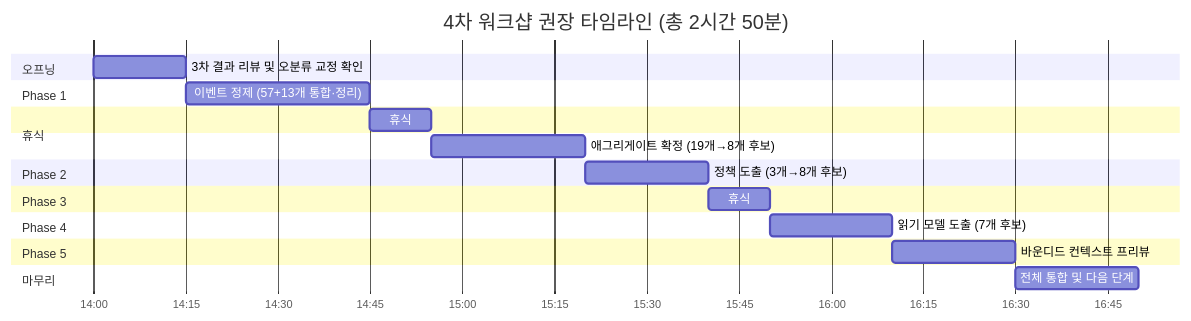
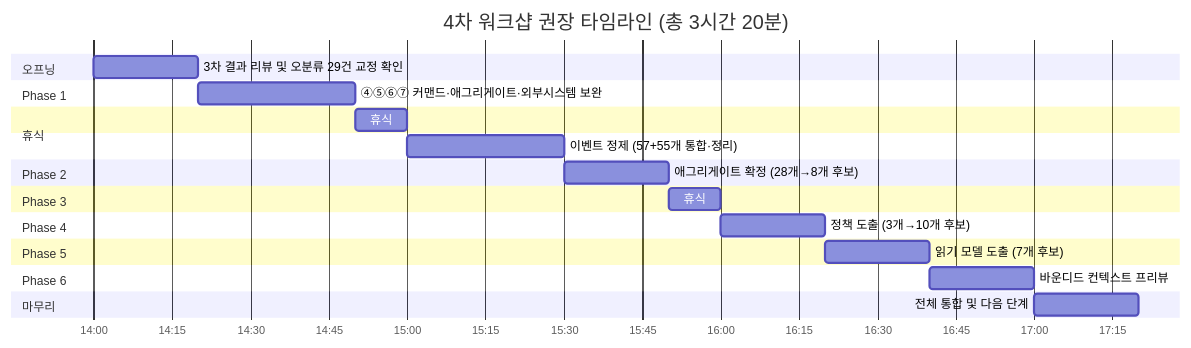
One commit to yeochul-jeon/msa_prj changed the tenth of 10 diagrams in 이벤트스토밍_주문서비스팀_3차워크샵검토.md. Above: the diagram before and after it, drawn with Mermaid. The commit also changed other lines of this file and 91 other files, not shown here.

````diff
--- a/이벤트스토밍_주문서비스팀_3차워크샵검토.md
+++ b/이벤트스토밍_주문서비스팀_3차워크샵검토.md
@@ -518,33 +877,36 @@
 ```mermaid
 gantt
-    title 4차 워크샵 권장 타임라인 (총 2시간 50분)
+    title 4차 워크샵 권장 타임라인 (총 3시간 20분)
     dateFormat HH:mm
     axisFormat %H:%M
 
     section 오프닝
-    3차 결과 리뷰 및 오분류 교정 확인    :a1, 14:00, 15m
+    3차 결과 리뷰 및 오분류 29건 교정 확인    :a1, 14:00, 20m
 
     section Phase 1
-    이벤트 정제 (57+13개 통합·정리)       :a2, after a1, 30m
+    ④⑤⑥⑦ 커맨드·애그리게이트·외부시스템 보완  :a2, after a1, 30m
 
     section 휴식
     휴식                                  :a3, after a2, 10m
 
     section Phase 2
-    애그리게이트 확정 (19개→8개 후보)     :a4, after a3, 25m
+    이벤트 정제 (57+55개 통합·정리)         :a4, after a3, 30m
 
     section Phase 3
-    정책 도출 (3개→8개 후보)              :a5, after a4, 20m
+    애그리게이트 확정 (28개→8개 후보)        :a5, after a4, 20m
 
     section 휴식
     휴식                                  :a6, after a5, 10m
 
     section Phase 4
-    읽기 모델 도출 (7개 후보)             :a7, after a6, 20m
+    정책 도출 (3개→10개 후보)              :a7, after a6, 20m
 
     section Phase 5
-    바운디드 컨텍스트 프리뷰              :a8, after a7, 20m
+    읽기 모델 도출 (7개 후보)              :a8, after a7, 20m
+
+    section Phase 6
+    바운디드 컨텍스트 프리뷰               :a9, after a8, 20m
 
     section 마무리
-    전체 통합 및 다음 단계                :a9, after a8, 20m
+    전체 통합 및 다음 단계                 :a10, after a9, 20m
 ```
````
